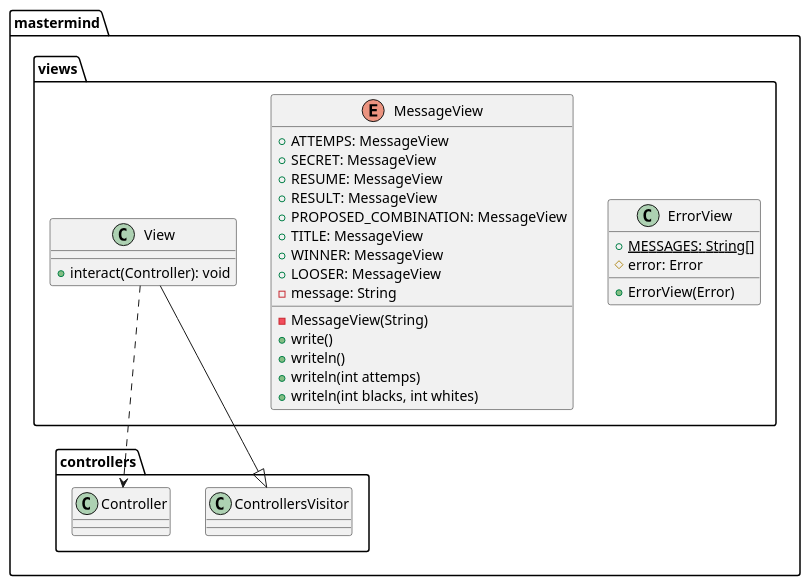
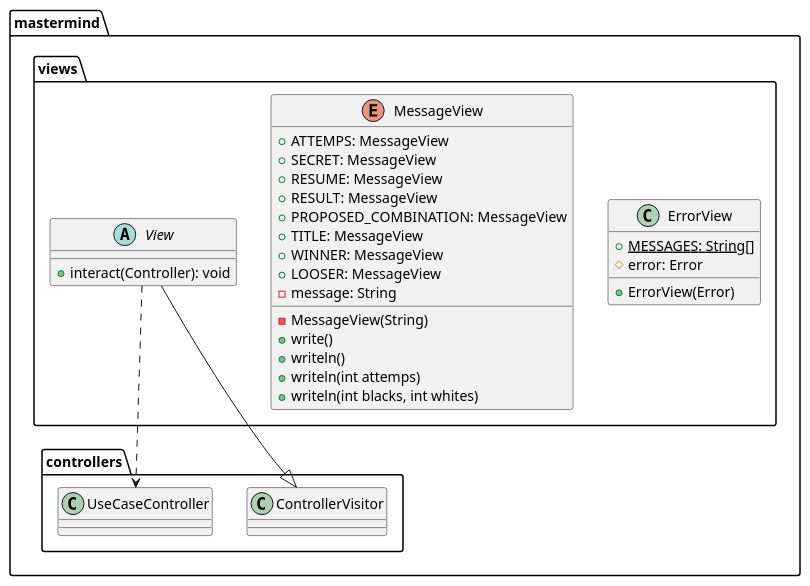
The diagram in docs/paqueteMastermindViews.iuml (jprieto92/mastermind-withDoubleDispatching), drawn with PlantUML before and after one commit. The commit also changed 6 other files, not shown here.

Commit message:
Update console call in ColorView and update Diagrams

```diff
--- a/docs/paqueteMastermindViews.iuml
+++ b/docs/paqueteMastermindViews.iuml
@@ -1,30 +1,30 @@
 @startuml
 class  mastermind.views.ErrorView{
 + {static} MESSAGES: String[]
 # error: Error
 + ErrorView(Error)
 }
 
 enum  mastermind.views.MessageView{
 + ATTEMPS: MessageView 
 + SECRET: MessageView
 + RESUME: MessageView
 + RESULT: MessageView
 + PROPOSED_COMBINATION: MessageView
 + TITLE: MessageView
 + WINNER: MessageView
 + LOOSER: MessageView
 - message: String
 - MessageView(String)
 + write()
 + writeln()
 + writeln(int attemps)
 + writeln(int blacks, int whites)
 }
 
-class  mastermind.views.View{
+abstract class  mastermind.views.View{
 + interact(Controller): void
 }
-mastermind.controllers.ControllersVisitor <|-down- mastermind.views.View
-mastermind.views.View ..> mastermind.controllers.Controller
+mastermind.controllers.ControllerVisitor <|-down- mastermind.views.View
+mastermind.views.View ..> mastermind.controllers.UseCaseController
 @enduml
```
